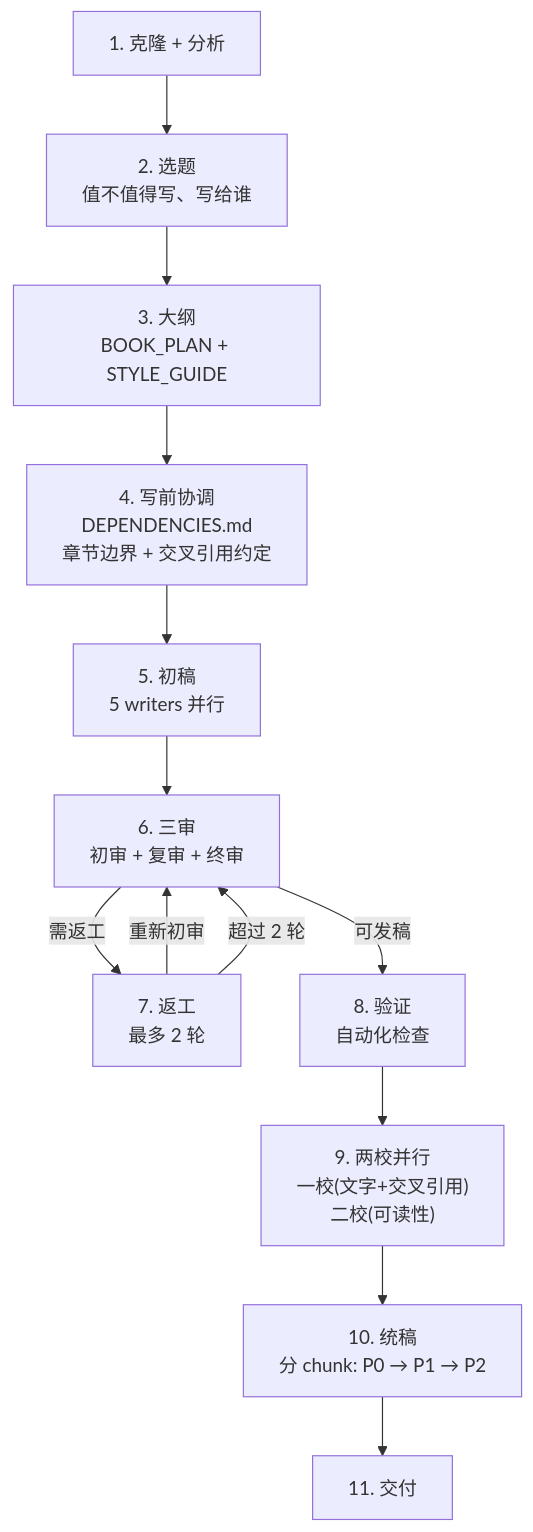
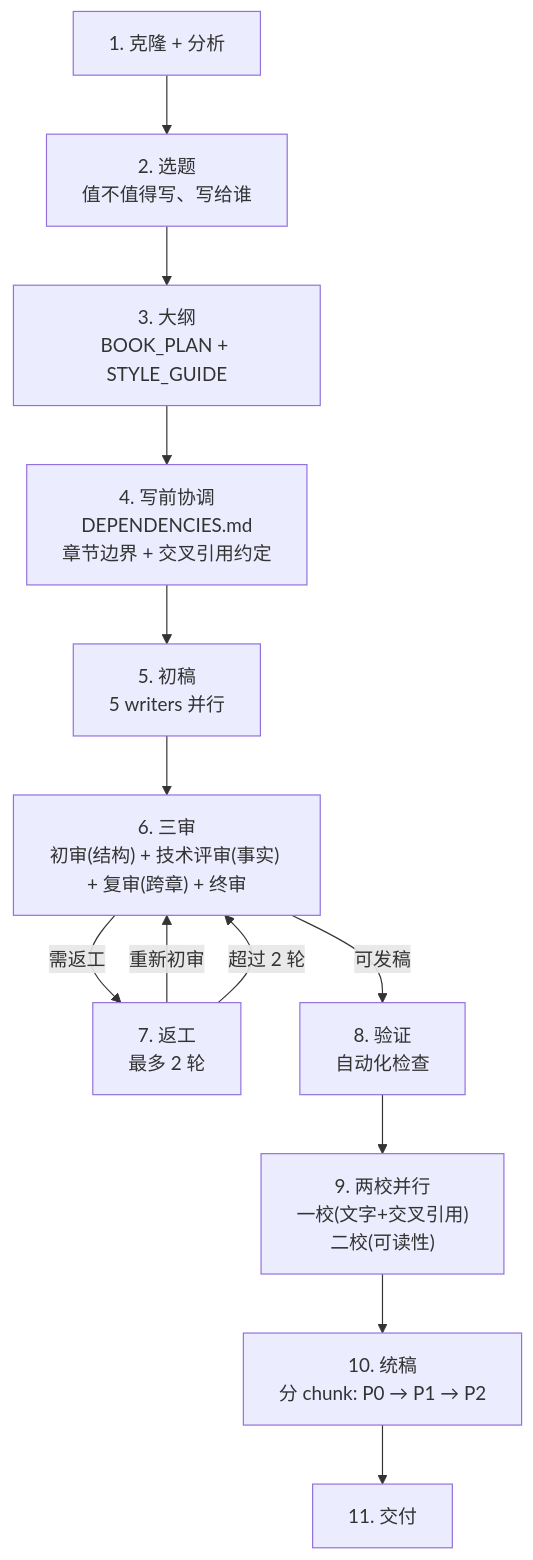
One commit to AngusFu/tech-insider changed the diagram in README.md. Above: the diagram before and after it, drawn with Mermaid. The commit also changed other lines of this file and 3 other files, not shown here.

````diff
--- a/README.md
+++ b/README.md
@@ -89,21 +90,21 @@
 ```mermaid
 flowchart TD
     S1["1. 克隆 + 分析"]
     S2["2. 选题<br/>值不值得写、写给谁"]
     S3["3. 大纲<br/>BOOK_PLAN + STYLE_GUIDE"]
     S4["4. 写前协调<br/>DEPENDENCIES.md<br/>章节边界 + 交叉引用约定"]
     S5["5. 初稿<br/>5 writers 并行"]
-    S6["6. 三审<br/>初审 + 复审 + 终审"]
+    S6["6. 三审<br/>初审(结构) + 技术评审(事实) + 复审(跨章) + 终审"]
     S7["7. 返工<br/>最多 2 轮"]
     S8["8. 验证<br/>自动化检查"]
     S9["9. 两校并行<br/>一校(文字+交叉引用)<br/>二校(可读性)"]
     S10["10. 统稿<br/>分 chunk: P0 → P1 → P2"]
     S11["11. 交付"]
 
     S1 --> S2 --> S3 --> S4 --> S5 --> S6
     S6 -->|需返工| S7
     S6 -->|可发稿| S8
     S7 -->|重新初审| S6
     S7 -->|超过 2 轮| S6
     S8 --> S9 --> S10 --> S11
 ```
````
